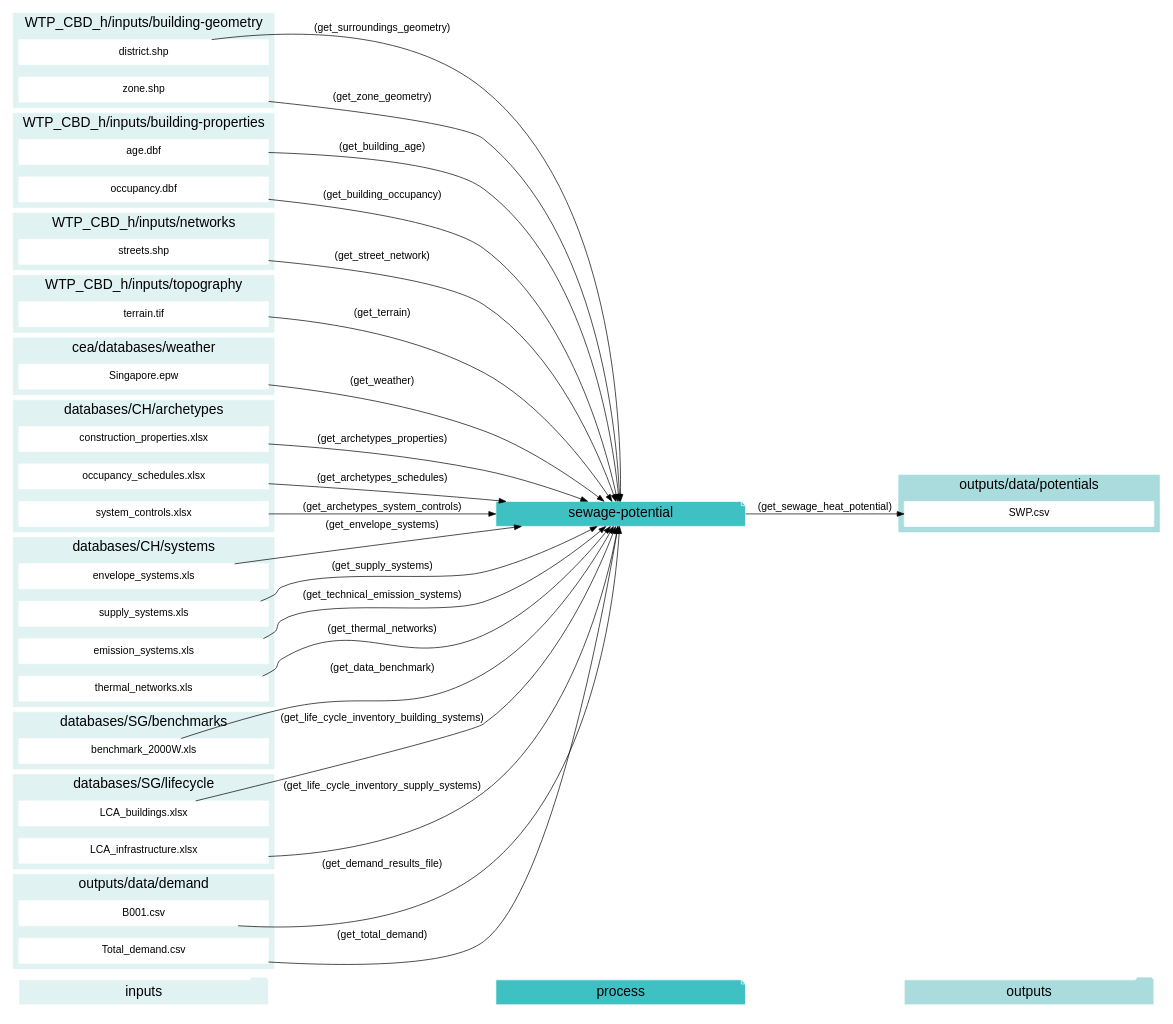
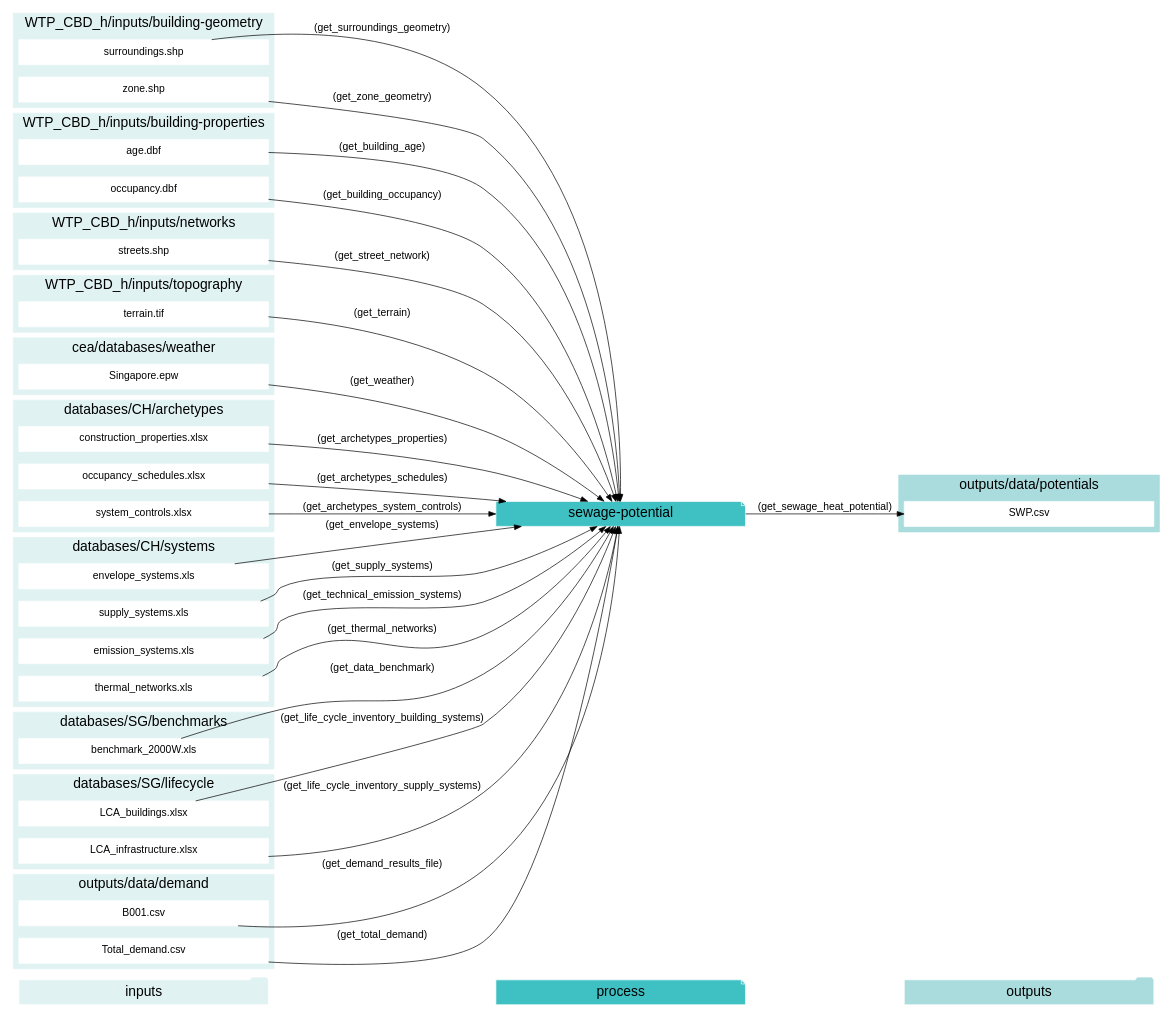
Before and after one commit to architecture-building-systems/CityEnergyAnalyst: the first of 12 diagrams in docs/script-data-flow.rst, drawn with Graphviz. The commit also changed other lines of this file and 41 other files, not shown here.

Commit message:
renaming district to surroundings

```diff
--- a/docs/script-data-flow.rst
+++ b/docs/script-data-flow.rst
@@ -34,7 +34,7 @@
         fontsize = 20;
         rank=same;
         label="WTP_CBD_h/inputs/building-geometry";
-        "district.shp"
+        "surroundings.shp"
         "zone.shp"
     }
     subgraph cluster_1_in {
@@ -132,7 +132,7 @@
     "occupancy.dbf" -> "sewage-potential"[label="(get_building_occupancy)"]
     "benchmark_2000W.xls" -> "sewage-potential"[label="(get_data_benchmark)"]
     "B001.csv" -> "sewage-potential"[label="(get_demand_results_file)"]
-    "district.shp" -> "sewage-potential"[label="(get_surroundings_geometry)"]
+    "surroundings.shp" -> "sewage-potential"[label="(get_surroundings_geometry)"]
     "envelope_systems.xls" -> "sewage-potential"[label="(get_envelope_systems)"]
     "LCA_buildings.xlsx" -> "sewage-potential"[label="(get_life_cycle_inventory_building_systems)"]
     "LCA_infrastructure.xlsx" -> "sewage-potential"[label="(get_life_cycle_inventory_supply_systems)"]
```
